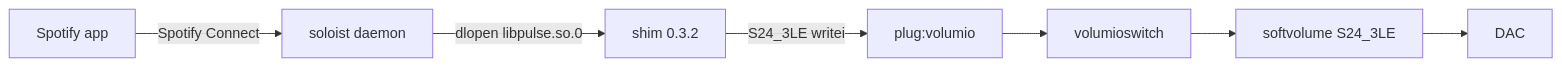
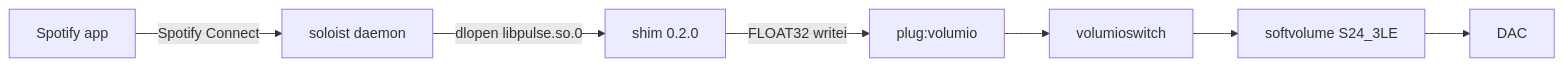
One commit to foonerd/alsa_soloist_connect changed the first of 4 diagrams in README.md. Above: the diagram before and after it, drawn with Mermaid. The commit also changed other lines of this file and 17 other files, not shown here.

````diff
--- a/README.md
+++ b/README.md
@@ -32,9 +32,9 @@
 ```mermaid
 flowchart LR
     SpotifyApp["Spotify app"] -->|"Spotify Connect"| Soloist["soloist daemon"]
-    Soloist -->|"dlopen libpulse.so.0"| Shim["shim 0.3.2"]
-    Shim -->|"S24_3LE writei"| Plug["plug:volumio"]
+    Soloist -->|"dlopen libpulse.so.0"| Shim["shim 0.2.0"]
+    Shim -->|"FLOAT32 writei"| Plug["plug:volumio"]
     Plug --> Switch["volumioswitch"]
     Switch --> Soft["softvolume S24_3LE"]
     Soft --> Dac["DAC"]
 ```
````
